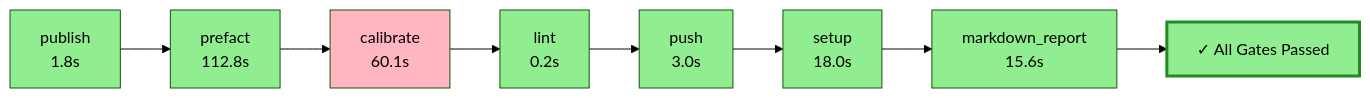
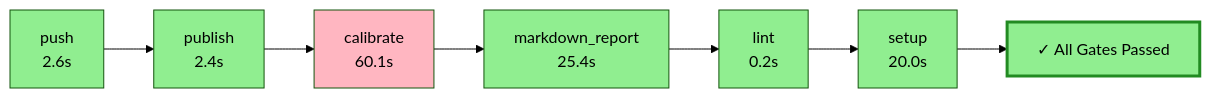
One commit to wronai/fixos changed the diagram in .pyqual/report.md. Above: the diagram before and after it, drawn with Mermaid (forest theme). The commit also changed other lines of this file and 4 other files, not shown here.

````diff
--- a/.pyqual/report.md
+++ b/.pyqual/report.md
@@ -10,26 +10,23 @@
 ```mermaid
 flowchart LR
-    S0["publish<br/>1.8s"]
+    S0["push<br/>2.6s"]
     style S0 fill:#90EE90
-    S1["prefact<br/>112.8s"]
+    S1["publish<br/>2.4s"]
     style S1 fill:#90EE90
     S0 --> S1
     S2["calibrate<br/>60.1s"]
     style S2 fill:#FFB6C1
     S1 --> S2
-    S3["lint<br/>0.2s"]
+    S3["markdown_report<br/>25.4s"]
     style S3 fill:#90EE90
     S2 --> S3
-    S4["push<br/>3.0s"]
+    S4["lint<br/>0.2s"]
     style S4 fill:#90EE90
     S3 --> S4
-    S5["setup<br/>18.0s"]
+    S5["setup<br/>20.0s"]
     style S5 fill:#90EE90
     S4 --> S5
-    S6["markdown_report<br/>15.6s"]
-    style S6 fill:#90EE90
-    S5 --> S6
     G["✓ All Gates Passed"]
     style G fill:#90EE90,stroke:#228B22,stroke-width:3px
-    S6 --> G
+    S5 --> G
 ```
````
